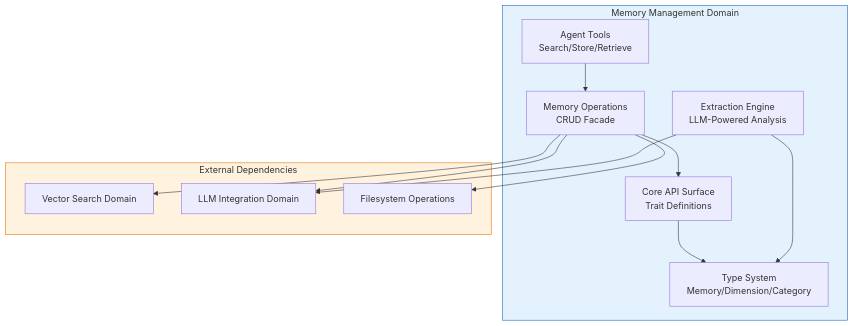
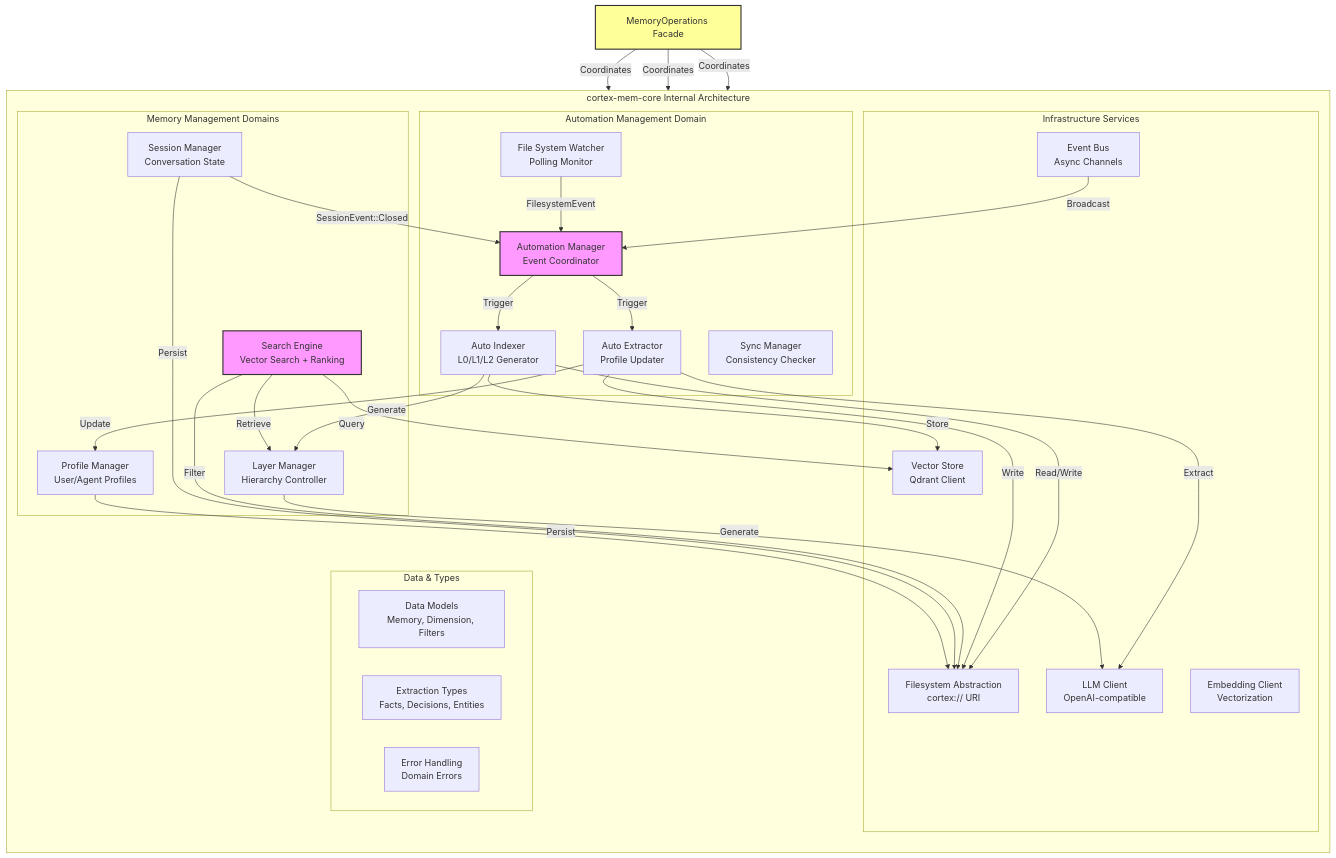
The seventh of 14 diagrams in litho.docs/en/2.Architecture.md (sopaco/cortex-mem), drawn with Mermaid before and after one commit. The commit also changed other lines of this file and 45 other files, not shown here.

````diff
--- a/litho.docs/en/2.Architecture.md
+++ b/litho.docs/en/2.Architecture.md
@@ -392,28 +342,69 @@
 ```mermaid
-flowchart TB
-    subgraph MemoryDomain["Memory Management Domain"]
-        API[Core API Surface<br/>Trait Definitions]
-        Types[Type System<br/>Memory/Dimension/Category]
-        Ops[Memory Operations<br/>CRUD Facade]
-        Extract[Extraction Engine<br/>LLM-Powered Analysis]
-        Tools[Agent Tools<br/>Search/Store/Retrieve]
+graph TB
+    subgraph CortexCore["cortex-mem-core Internal Architecture"]
+        direction TB
+        
+        subgraph AutomationDomain["Automation Management Domain"]
+            AUTO_MGR[Automation Manager<br/>Event Coordinator]
+            WATCHER[File System Watcher<br/>Polling Monitor]
+            INDEXER[Auto Indexer<br/>L0/L1/L2 Generator]
+            EXTRACTOR[Auto Extractor<br/>Profile Updater]
+            SYNC[Sync Manager<br/>Consistency Checker]
+        end
+        
+        subgraph MemoryDomains["Memory Management Domains"]
+            LAYER_MGR[Layer Manager<br/>Hierarchy Controller]
+            SEARCH[Search Engine<br/>Vector Search + Ranking]
+            SESSION[Session Manager<br/>Conversation State]
+            PROFILE[Profile Manager<br/>User/Agent Profiles]
+        end
+        
+        subgraph InfrastructureServices["Infrastructure Services"]
+            FS[Filesystem Abstraction<br/>cortex:// URI]
+            LLM[LLM Client<br/>OpenAI-compatible]
+            EMBED[Embedding Client<br/>Vectorization]
+            VECTOR[Vector Store<br/>Qdrant Client]
+            EVENTS[Event Bus<br/>Async Channels]
+        end
+        
+        subgraph DataLayer["Data & Types"]
+            TYPES[Data Models<br/>Memory, Dimension, Filters]
+            EXTRACTION_TYPES[Extraction Types<br/>Facts, Decisions, Entities]
+            ERROR[Error Handling<br/>Domain Errors]
+        end
     end
     
-    subgraph Dependencies["External Dependencies"]
-        VS[Vector Search Domain]
-        LLM[LLM Integration Domain]
-        FS[Filesystem Operations]
-    end
+    %% Data Flow Relationships
+    WATCHER -->|FilesystemEvent| AUTO_MGR
+    SESSION -->|SessionEvent::Closed| AUTO_MGR
+    AUTO_MGR -->|Trigger| INDEXER
+    AUTO_MGR -->|Trigger| EXTRACTOR
     
-    API --> Types
-    Ops --> API
-    Ops --> VS
-    Ops --> LLM
-    Ops --> FS
-    Extract --> LLM
-    Extract --> Types
-    Tools --> Ops
+    INDEXER -->|Generate| LAYER_MGR
+    INDEXER -->|Store| VECTOR
+    INDEXER -->|Read/Write| FS
     
-    style MemoryDomain fill:#e3f2fd,stroke:#1565c0
-    style Dependencies fill:#fff3e0,stroke:#ef6c00
+    EXTRACTOR -->|Extract| LLM
+    EXTRACTOR -->|Update| PROFILE
+    EXTRACTOR -->|Write| FS
+    
+    SEARCH -->|Query| VECTOR
+    SEARCH -->|Retrieve| LAYER_MGR
+    SEARCH -->|Filter| FS
+    
+    SESSION -->|Persist| FS
+    PROFILE -->|Persist| FS
+    
+    %% Infrastructure usage
+    LAYER_MGR -->|Generate| LLM
+    CORE_OPS[MemoryOperations Facade] -->|Coordinates| SEARCH
+    CORE_OPS -->|Coordinates| SESSION
+    CORE_OPS -->|Coordinates| PROFILE
+    
+    %% Event bus
+    EVENTS -->|Broadcast| AUTO_MGR
+    
+    style AUTO_MGR fill:#f9f,stroke:#333,stroke-width:2px
+    style SEARCH fill:#f9f,stroke:#333,stroke-width:2px
+    style CORE_OPS fill:#ff9,stroke:#333,stroke-width:2px
 ```
````
